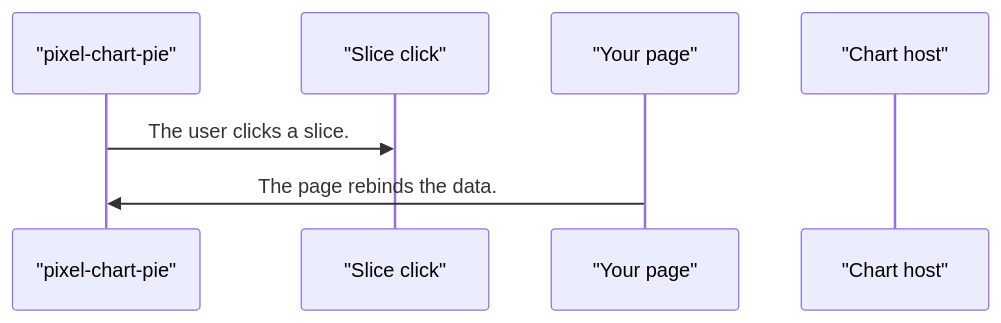
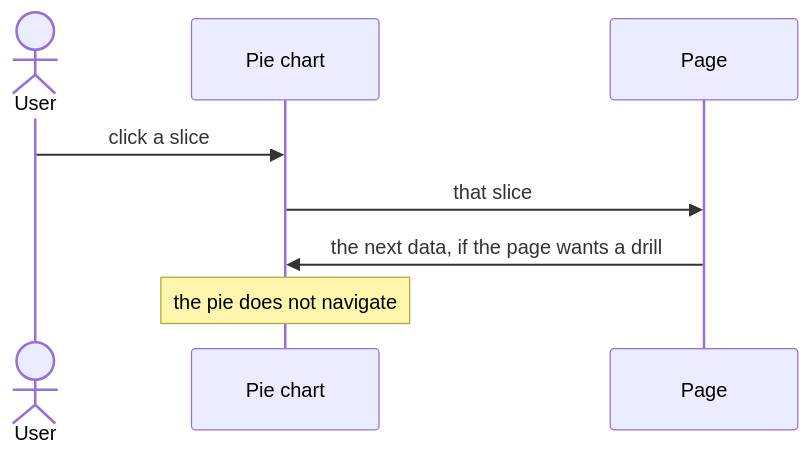
Before and after one commit to RajshekharBorate/pixel-ui: the fifth of 5 diagrams in projects/pixel-ui/src/lib/pixel-chart-pie/DESIGN.md, drawn with Mermaid. The commit also changed other lines of this file and 73 other files, not shown here.

Commit message:
Explain who owns each value and what each flow does in every component and service design.

````diff
--- a/projects/pixel-ui/src/lib/pixel-chart-pie/DESIGN.md
+++ b/projects/pixel-ui/src/lib/pixel-chart-pie/DESIGN.md
@@ -93,9 +120,10 @@
 ```mermaid
 sequenceDiagram
-  participant plot as "pixel-chart-pie"
-  participant click as "Slice click"
-  participant page as "Your page"
-  participant host as "Chart host"
-  plot->>click: The user clicks a slice.
-  page->>plot: The page rebinds the data.
+  actor User
+  participant Plot as Pie chart
+  participant Page
+  User->>Plot: click a slice
+  Plot->>Page: that slice
+  Page->>Plot: the next data, if the page wants a drill
+  Note over Plot: the pie does not navigate
 ```
````
